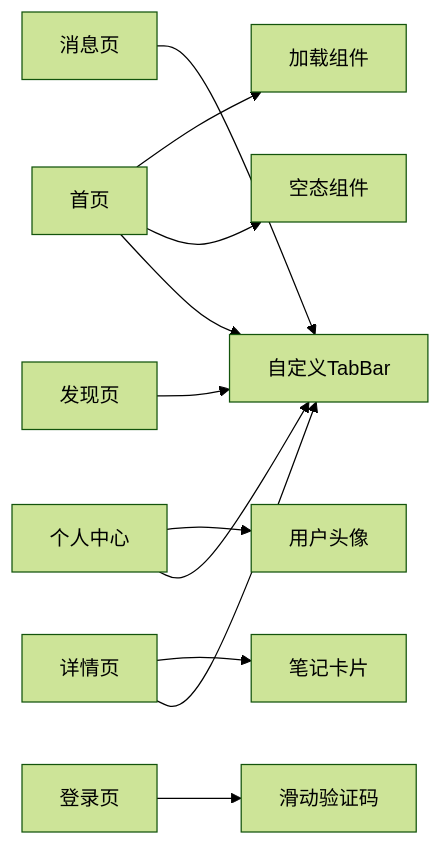
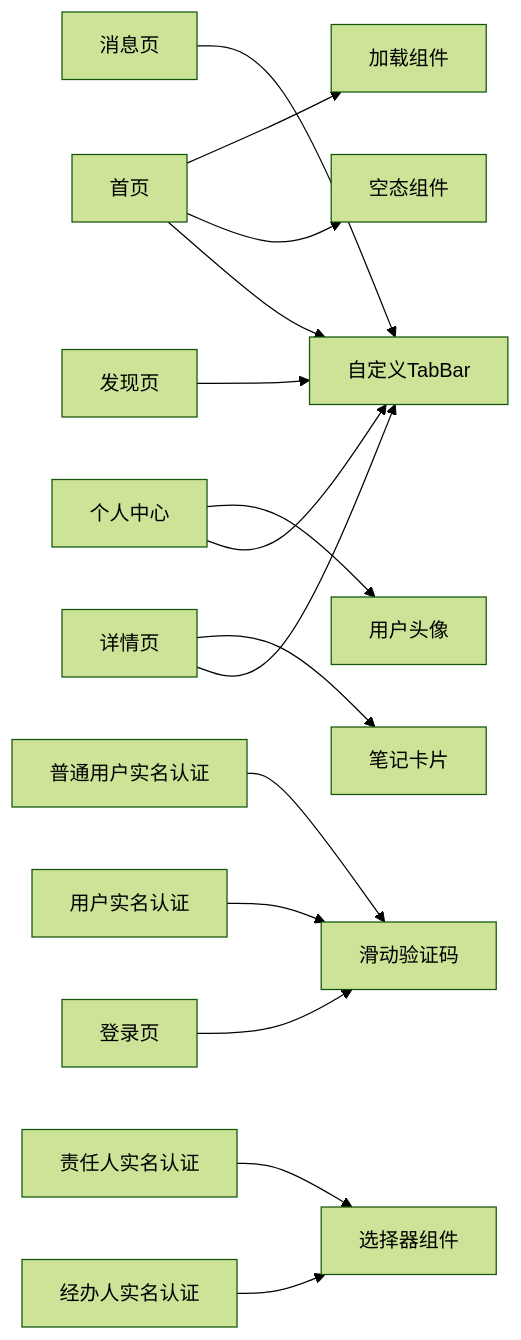
One commit to zuolinbao/redbook changed diagram 12 of 12 in .qoder/repowiki/zh/content/页面组件.md. Above: the diagram before and after it, drawn with Mermaid (forest theme). The commit also changed other lines of this file and 20 other files, not shown here.

````diff
--- a/.qoder/repowiki/zh/content/页面组件.md
+++ b/.qoder/repowiki/zh/content/页面组件.md
@@ -375,13 +538,17 @@
 ```mermaid
 graph LR
 HOME["首页"] --> TAB["自定义TabBar"]
 DETAIL["详情页"] --> TAB
 PROFILE["个人中心"] --> TAB
 DISCOVER["发现页"] --> TAB
 MESSAGE["消息页"] --> TAB
 LOGIN["登录页"] --> SLIDER["滑动验证码"]
 HOME --> EMPTY["空态组件"]
 HOME --> LOAD["加载组件"]
 DETAIL --> CARD["笔记卡片"]
 PROFILE --> AVA["用户头像"]
+USERREALNAME["用户实名认证"] --> SLIDER
+OPERATORREALNAME["经办人实名认证"] --> PICKER["选择器组件"]
+ORDINARYUSERREALNAME["普通用户实名认证"] --> SLIDER
+RESPONSIBLEREALNAME["责任人实名认证"] --> PICKER
 ```
````
